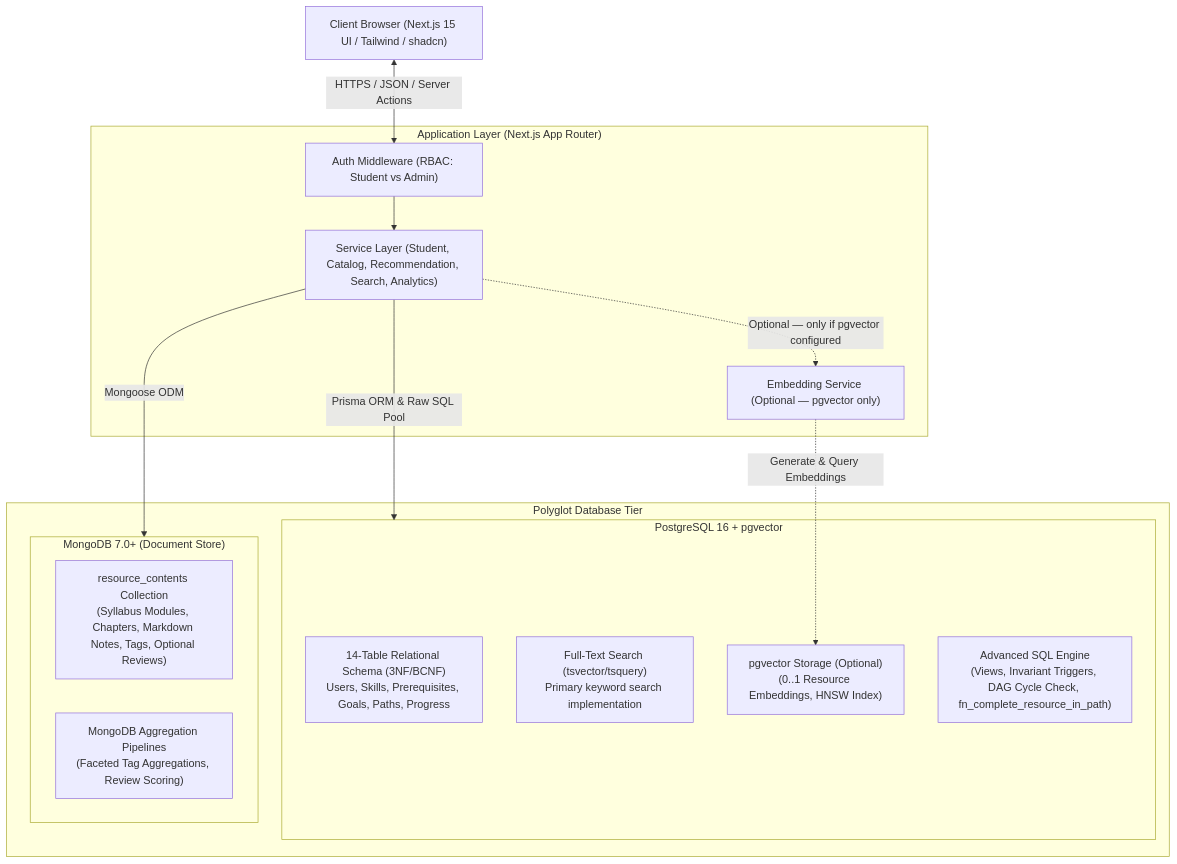
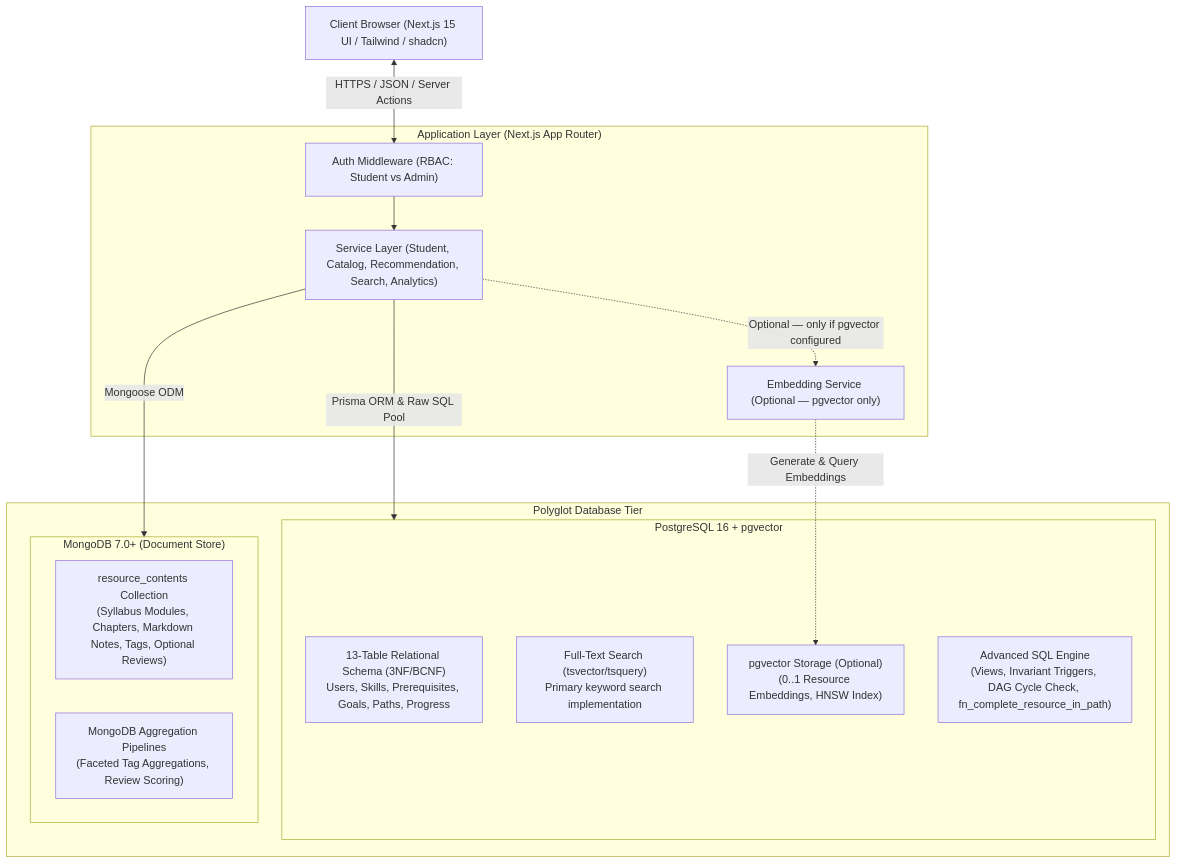
One commit to Srujanakenche/DBMS_MINI_PROJECT changed the diagram in docs/architecture/SYSTEM_ARCHITECTURE.md. Above: the diagram before and after it, drawn with Mermaid. The commit also changed other lines of this file and 1 other file, not shown here.

````diff
--- a/docs/architecture/SYSTEM_ARCHITECTURE.md
+++ b/docs/architecture/SYSTEM_ARCHITECTURE.md
@@ -102,32 +102,32 @@
 ```mermaid
 flowchart TD
     Client["Client Browser (Next.js 15 UI / Tailwind / shadcn)"]
     
     subgraph AppTier["Application Layer (Next.js App Router)"]
         AuthMiddleware["Auth Middleware (RBAC: Student vs Admin)"]
         ServiceLayer["Service Layer (Student, Catalog, Recommendation, Search, Analytics)"]
         EmbeddingService["Embedding Service (Optional — pgvector only)"]
     end
 
     subgraph DataTier["Polyglot Database Tier"]
         subgraph PostgresEngine["PostgreSQL 16 + pgvector"]
-            PG_Relational["14-Table Relational Schema (3NF/BCNF)\nUsers, Skills, Prerequisites, Goals, Paths, Progress"]
+            PG_Relational["13-Table Relational Schema (3NF/BCNF)\nUsers, Skills, Prerequisites, Goals, Paths, Progress"]
             PG_FTS["Full-Text Search (tsvector/tsquery)\nPrimary keyword search implementation"]
             PG_Vector["pgvector Storage (Optional)\n(0..1 Resource Embeddings, HNSW Index)"]
             PG_Proc["Advanced SQL Engine\n(Views, Invariant Triggers, DAG Cycle Check, fn_complete_resource_in_path)"]
         end
 
         subgraph MongoEngine["MongoDB 7.0+ (Document Store)"]
             M_Docs["resource_contents Collection\n(Syllabus Modules, Chapters, Markdown Notes, Tags, Optional Reviews)"]
             M_Pipe["MongoDB Aggregation Pipelines\n(Faceted Tag Aggregations, Review Scoring)"]
         end
     end
 
     Client <-->|HTTPS / JSON / Server Actions| AuthMiddleware
     AuthMiddleware --> ServiceLayer
     ServiceLayer -.->|Optional — only if pgvector configured| EmbeddingService
     
     ServiceLayer -->|Prisma ORM & Raw SQL Pool| PostgresEngine
     ServiceLayer -->|Mongoose ODM| MongoEngine
     EmbeddingService -.->|Generate & Query Embeddings| PG_Vector
 ```
````
